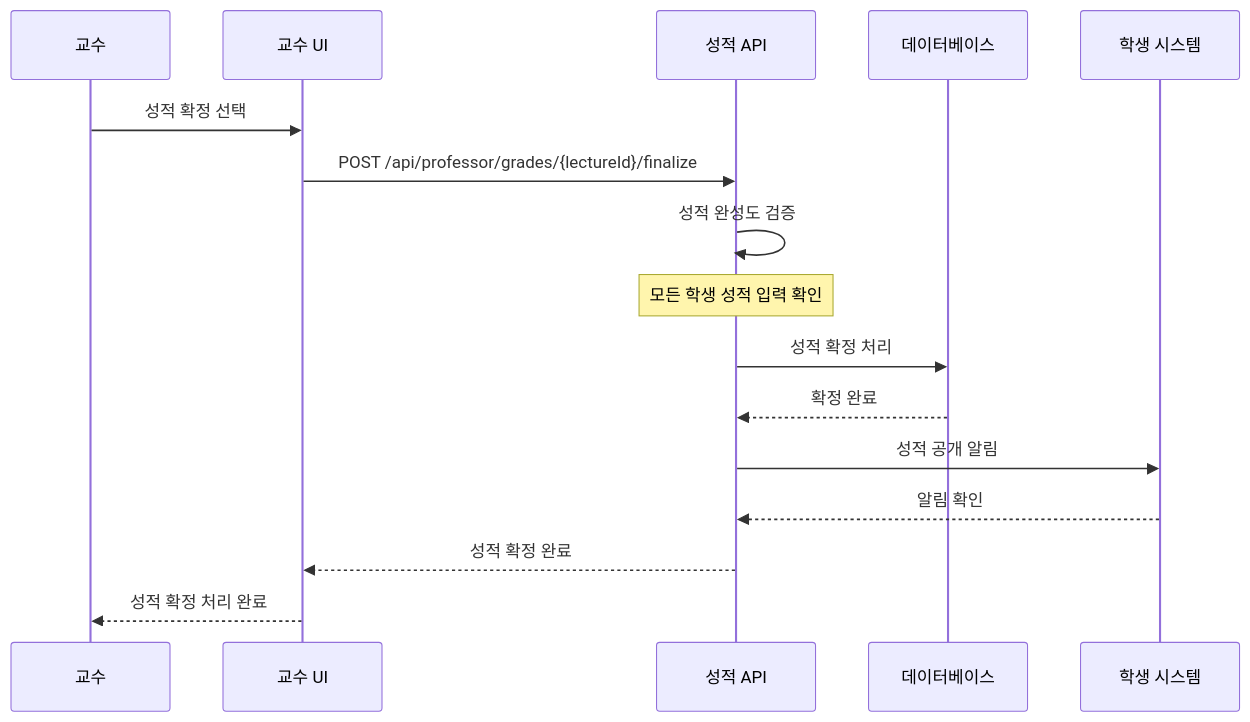
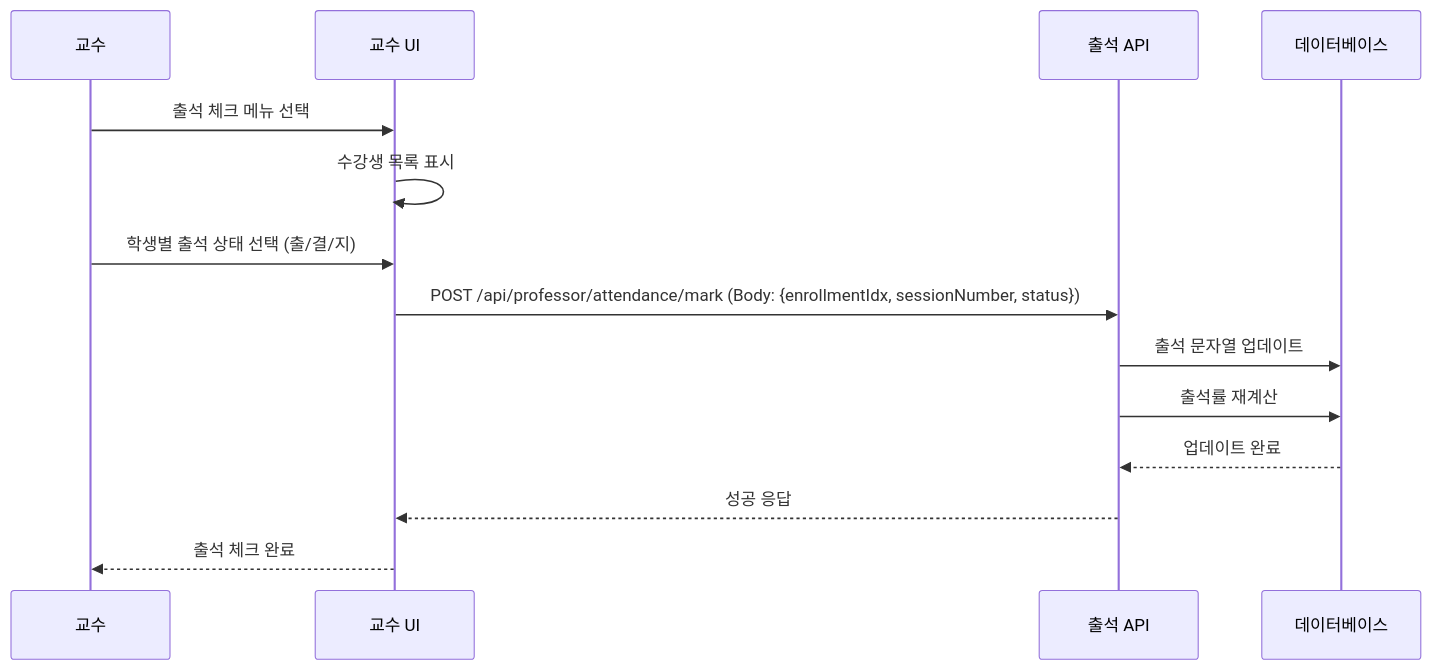
Before and after one commit to hooting76/blue-crab-lms: the third of 9 diagrams in backend/BlueCrab/docs/강의관련기능/05-교수플로우.md, drawn with Mermaid. The commit also changed other lines of this file and 19 other files, not shown here.

````diff
--- a/backend/BlueCrab/docs/강의관련기능/05-교수플로우.md
+++ b/backend/BlueCrab/docs/강의관련기능/05-교수플로우.md
@@ -923,22 +131,18 @@
 ```mermaid
 sequenceDiagram
     participant Professor as 교수
     participant UI as 교수 UI
-    participant API as 성적 API
+    participant API as 출석 API
     participant DB as 데이터베이스
-    participant Student as 학생 시스템
 
-    Professor->>UI: 성적 확정 선택
-    UI->>API: POST /api/professor/grades/{lectureId}/finalize
-    API->>API: 성적 완성도 검증
-    Note over API: 모든 학생 성적 입력 확인
+    Professor->>UI: 출석 체크 메뉴 선택
+    UI->>UI: 수강생 목록 표시
 
-    API->>DB: 성적 확정 처리
-    DB-->>API: 확정 완료
-
-    API->>Student: 성적 공개 알림
-    Student-->>API: 알림 확인
-
-    API-->>UI: 성적 확정 완료
-    UI-->>Professor: 성적 확정 처리 완료
+    Professor->>UI: 학생별 출석 상태 선택 (출/결/지)
+    UI->>API: POST /api/professor/attendance/mark (Body: {enrollmentIdx, sessionNumber, status})
+    API->>DB: 출석 문자열 업데이트
+    API->>DB: 출석률 재계산
+    DB-->>API: 업데이트 완료
+    API-->>UI: 성공 응답
+    UI-->>Professor: 출석 체크 완료
 ```
````
